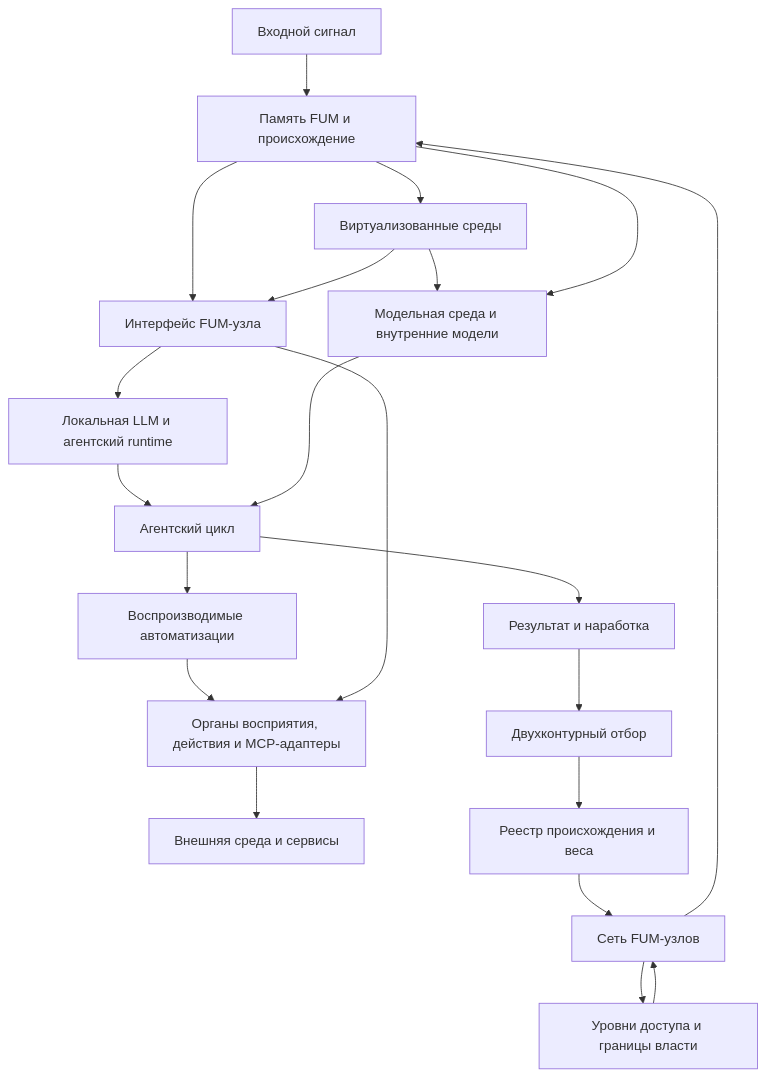
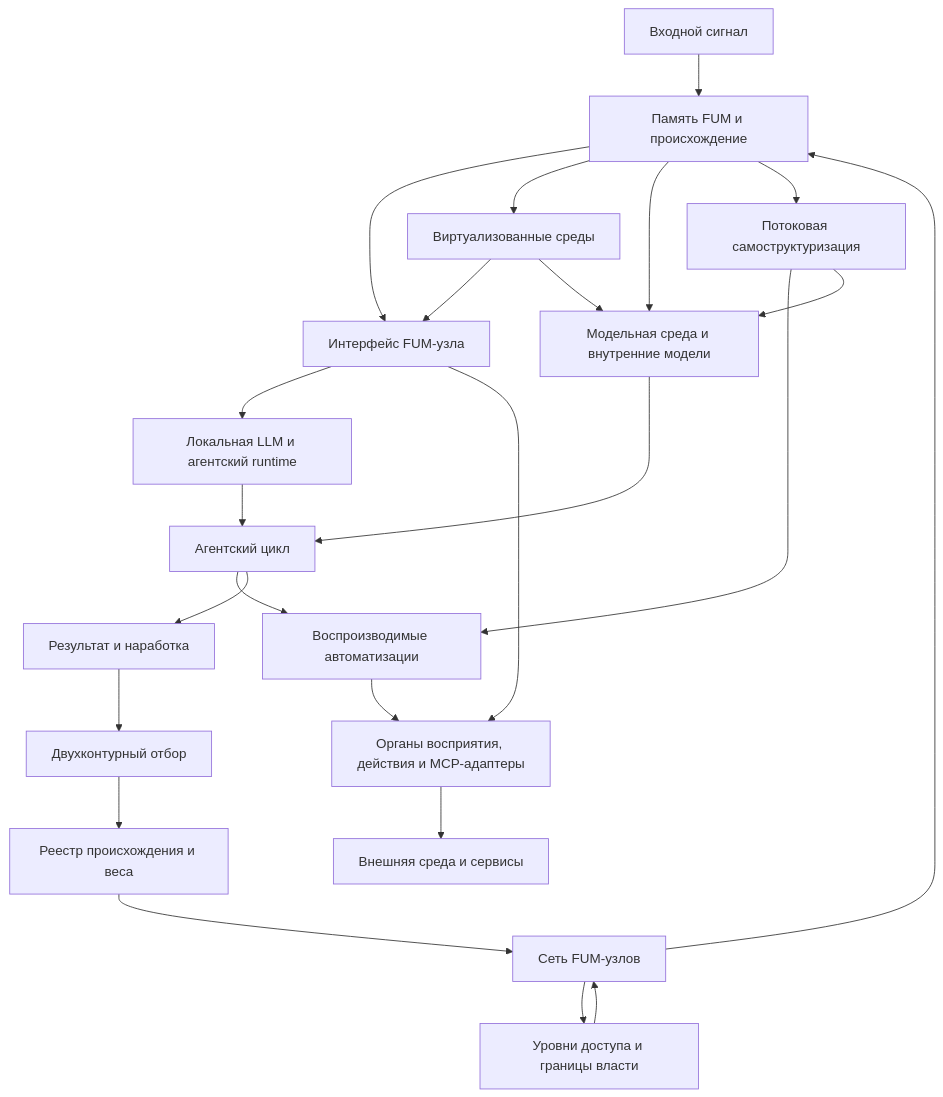
The diagram in Документация/22-архитектура-FUM.md (fum-lab/fum), drawn with Mermaid before and after one commit. The commit also changed other lines of this file and 34 other files, not shown here.

````diff
--- a/Документация/22-архитектура-FUM.md
+++ b/Документация/22-архитектура-FUM.md
@@ -66,23 +69,26 @@
 ```mermaid
 flowchart TD
     input["Входной сигнал"] --> memory["Память FUM и происхождение"]
     memory --> node_interface["Интерфейс FUM-узла"]
     node_interface --> local_runtime["Локальная LLM и агентский runtime"]
     local_runtime --> cycle["Агентский цикл"]
     cycle --> automations["Воспроизводимые автоматизации"]
     automations --> adapters["Органы восприятия, действия и MCP-адаптеры"]
     adapters --> world["Внешняя среда и сервисы"]
     memory --> virtual["Виртуализованные среды"]
     virtual --> node_interface
     node_interface --> adapters
     virtual --> model
     memory --> model["Модельная среда и внутренние модели"]
+    memory --> stream["Потоковая самоструктуризация"]
+    stream --> automations
+    stream --> model
     model --> cycle
     cycle --> result["Результат и наработка"]
     result --> selection["Двухконтурный отбор"]
     selection --> registry["Реестр происхождения и веса"]
     registry --> network["Сеть FUM-узлов"]
     network --> memory
     network --> access["Уровни доступа и границы власти"]
     access --> network
 ```
````
